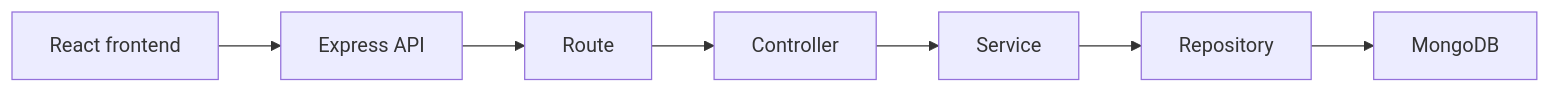
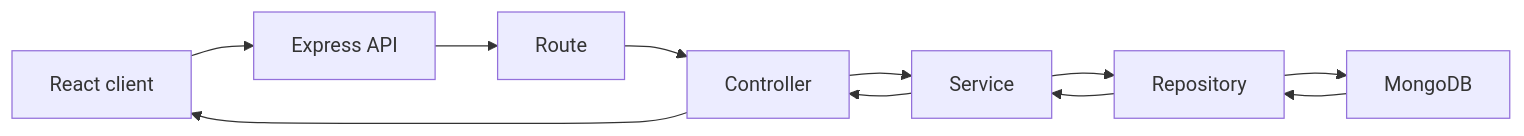
Before and after one commit to sucessdy/price-comparator: the first of 3 diagrams in decisions/server.md, drawn with Mermaid. The commit also changed other lines of this file and 2 other files, not shown here.

Commit message:
Document project architecture and setup

````diff
--- a/decisions/server.md
+++ b/decisions/server.md
@@ -4,9 +10,13 @@
 ```mermaid
 flowchart LR
-  UI["React frontend"] --> API["Express API"]
+  Client["React client"] --> API["Express API"]
   API --> Route["Route"]
   Route --> Controller["Controller"]
   Controller --> Service["Service"]
   Service --> Repository["Repository"]
   Repository --> DB["MongoDB"]
+  DB --> Repository
+  Repository --> Service
+  Service --> Controller
+  Controller --> Client
 ```
````
